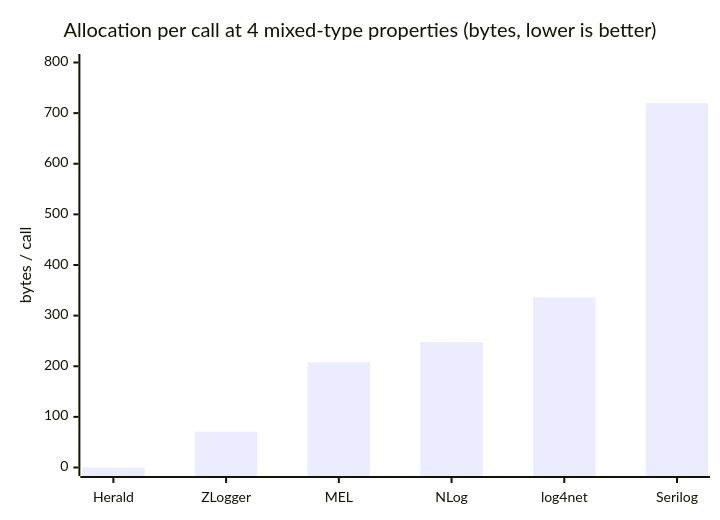
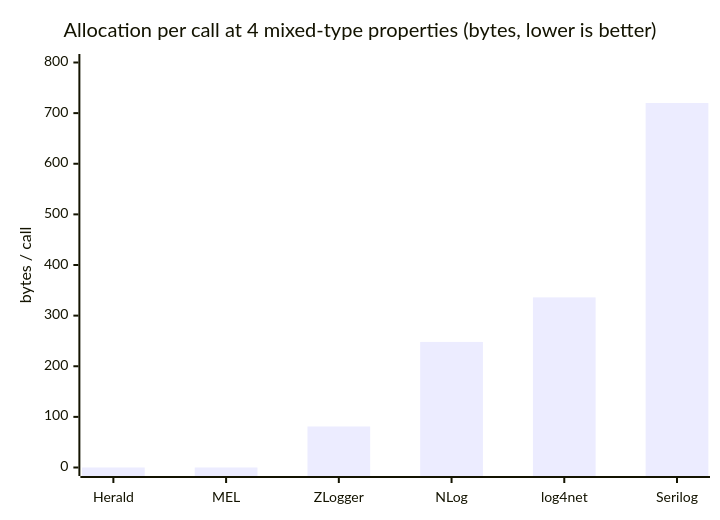
The second of 5 diagrams in docs/benchmarks/consolidated-benchmarks.md (mmpworks/Herald.OSS), drawn with Mermaid before and after one commit. The commit also changed other lines of this file and 20 other files, not shown here.

````diff
--- a/docs/benchmarks/consolidated-benchmarks.md
+++ b/docs/benchmarks/consolidated-benchmarks.md
@@ -54,7 +66,7 @@
 ```mermaid
 xychart-beta
     title "Allocation per call at 4 mixed-type properties (bytes, lower is better)"
-    x-axis ["Herald", "ZLogger", "MEL", "NLog", "log4net", "Serilog"]
+    x-axis ["Herald", "MEL", "ZLogger", "NLog", "log4net", "Serilog"]
     y-axis "bytes / call" 0 --> 800
-    bar [0, 71, 208, 248, 336, 720]
+    bar [0, 0, 81, 248, 336, 720]
 ```
````
